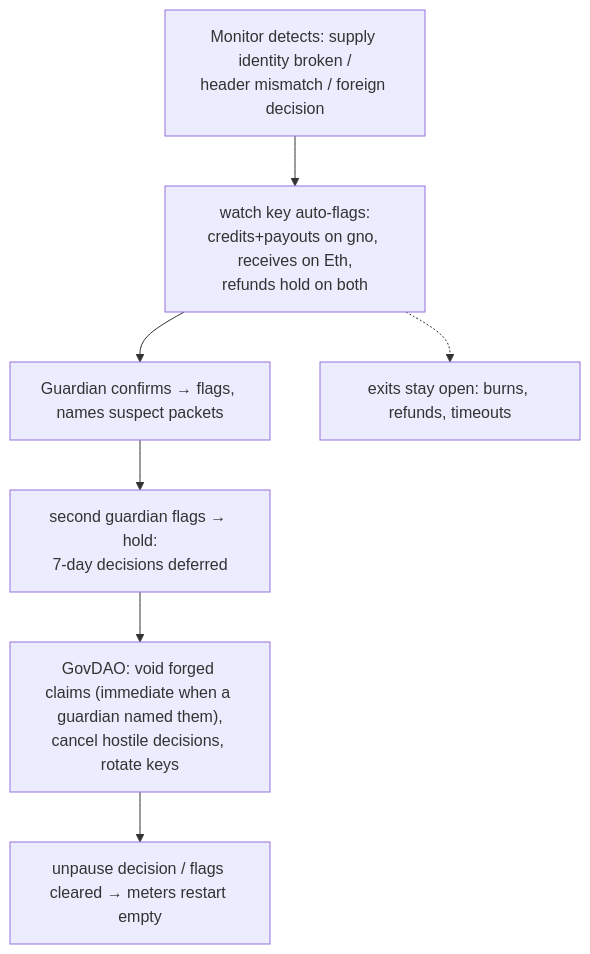
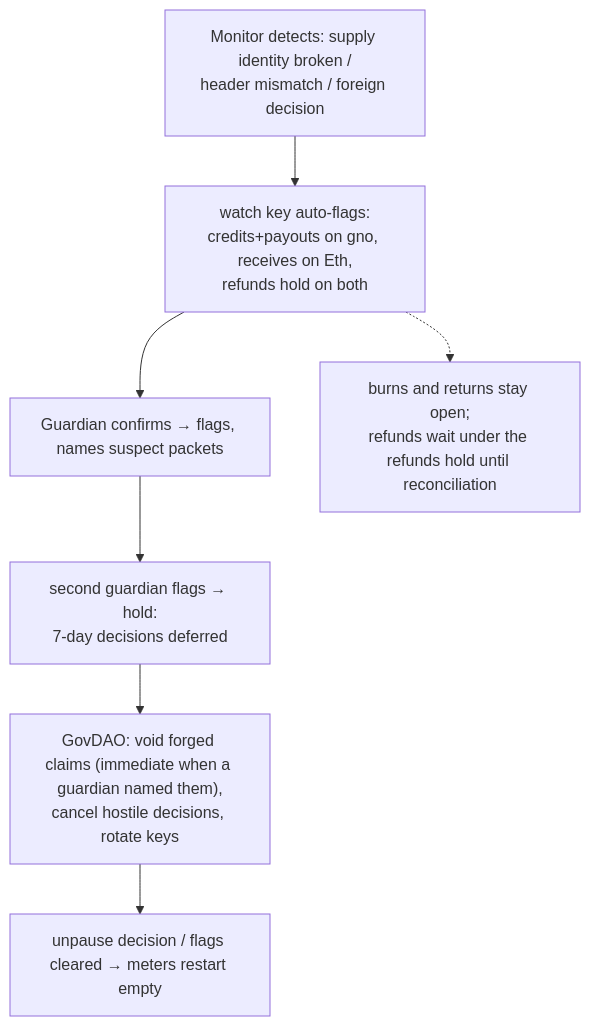
Before and after one commit to gnolang/gno: diagram 12 of 13 in gno.land/adr/pr6375_ibc_ethereum.md, drawn with Mermaid. The commit also changed other lines of this file, not shown here.

````diff
--- a/gno.land/adr/pr6375_ibc_ethereum.md
+++ b/gno.land/adr/pr6375_ibc_ethereum.md
@@ -586,9 +587,9 @@
 ```mermaid
 flowchart TD
   DET[Monitor detects: supply identity broken /<br/>header mismatch / foreign decision] --> AUTO[watch key auto-flags:<br/>credits+payouts on gno, receives on Eth,<br/>refunds hold on both]
   AUTO --> G1[Guardian confirms → flags, names suspect packets]
   G1 --> H[second guardian flags → hold:<br/>7-day decisions deferred]
   H --> GOV["GovDAO: void forged claims (immediate when a guardian named them),<br/>cancel hostile decisions, rotate keys"]
   GOV --> UNP[unpause decision / flags cleared → meters restart empty]
-  AUTO -.-> EXIT[exits stay open: burns, refunds, timeouts]
+  AUTO -.-> EXIT[burns and returns stay open;<br/>refunds wait under the refunds hold until reconciliation]
 ```
````
